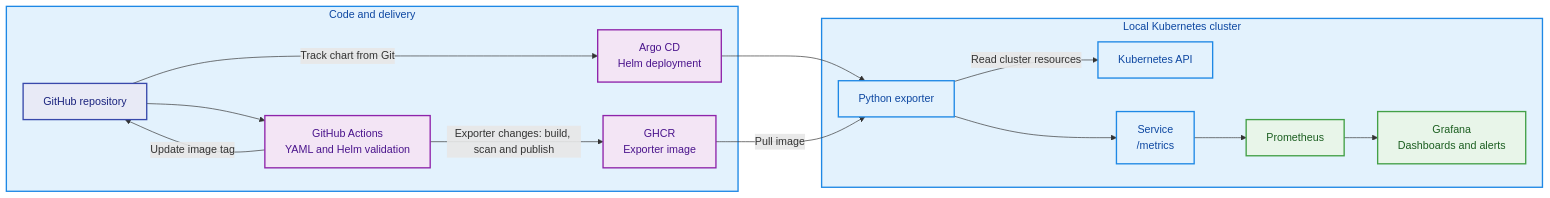
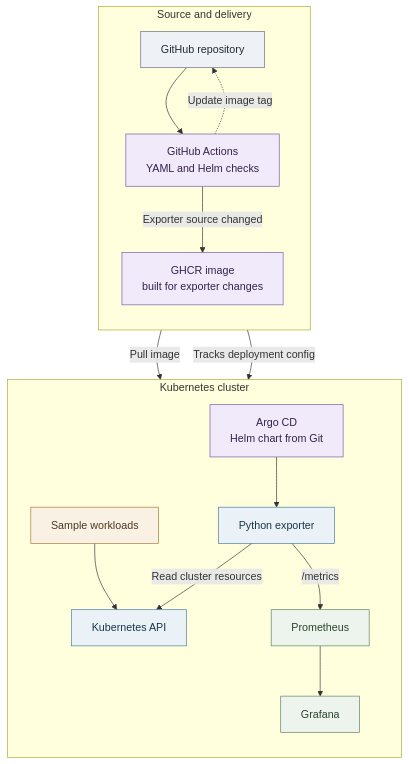
Before and after one commit to dandapss/DevOpsLab-k8s_monitoring: the diagram in README.md, drawn with Mermaid. The commit also changed other lines of this file, not shown here.

````diff
--- a/README.md
+++ b/README.md
@@ -11,30 +9,36 @@
 ```mermaid
-flowchart LR
-  classDef source fill:#E8EAF6,stroke:#3949AB,color:#1A237E,stroke-width:2px
-  classDef delivery fill:#F3E5F5,stroke:#8E24AA,color:#4A148C,stroke-width:2px
-  classDef cluster fill:#E3F2FD,stroke:#1E88E5,color:#0D47A1,stroke-width:2px
-  classDef monitoring fill:#E8F5E9,stroke:#43A047,color:#1B5E20,stroke-width:2px
+flowchart TB
+  classDef source fill:#eef1f5,stroke:#667085,color:#202939
+  classDef delivery fill:#f1eafa,stroke:#7856a6,color:#33224a
+  classDef runtime fill:#eaf2f8,stroke:#477a9e,color:#18364a
+  classDef monitoring fill:#edf4ed,stroke:#5b805e,color:#29432b
+  classDef sample fill:#faf1e5,stroke:#a87937,color:#4d391e
 
-  subgraph delivery[Code and delivery]
+  subgraph code[Source and delivery]
+    direction TB
     repo[GitHub repository]:::source
-    actions[GitHub Actions<br/>YAML and Helm validation]:::delivery
-    ghcr[GHCR<br/>Exporter image]:::delivery
-    argocd[Argo CD<br/>Helm deployment]:::delivery
+    actions[GitHub Actions<br/>YAML and Helm checks]:::delivery
+    image[GHCR image<br/>built for exporter changes]:::delivery
     repo --> actions
-    actions -->|Exporter changes: build, scan and publish| ghcr
-    actions -->|Update image tag| repo
-    repo -->|Track chart from Git| argocd
+    actions -->|Exporter source changed| image
+    actions -.->|Update image tag| repo
   end
 
-  subgraph cluster[Local Kubernetes cluster]
-    workload[Python exporter]:::cluster
-    api[Kubernetes API]:::cluster
-    service[Service<br/>/metrics]:::cluster
+  subgraph lab[Kubernetes cluster]
+    direction TB
+    argocd[Argo CD<br/>Helm chart from Git]:::delivery
+    exporter[Python exporter]:::runtime
+    workloads[Sample workloads]:::sample
+    api[Kubernetes API]:::runtime
     prometheus[Prometheus]:::monitoring
-    grafana[Grafana<br/>Dashboards and alerts]:::monitoring
-    argocd --> workload
-    ghcr -->|Pull image| workload
-    workload -->|Read cluster resources| api
-    workload --> service --> prometheus --> grafana
+    grafana[Grafana]:::monitoring
+    argocd --> exporter
+    image -->|Pull image| exporter
+    workloads --> api
+    exporter -->|Read cluster resources| api
+    exporter -->|/metrics| prometheus
+    prometheus --> grafana
   end
+
+  repo -->|Tracks deployment config| argocd
 ```
````
